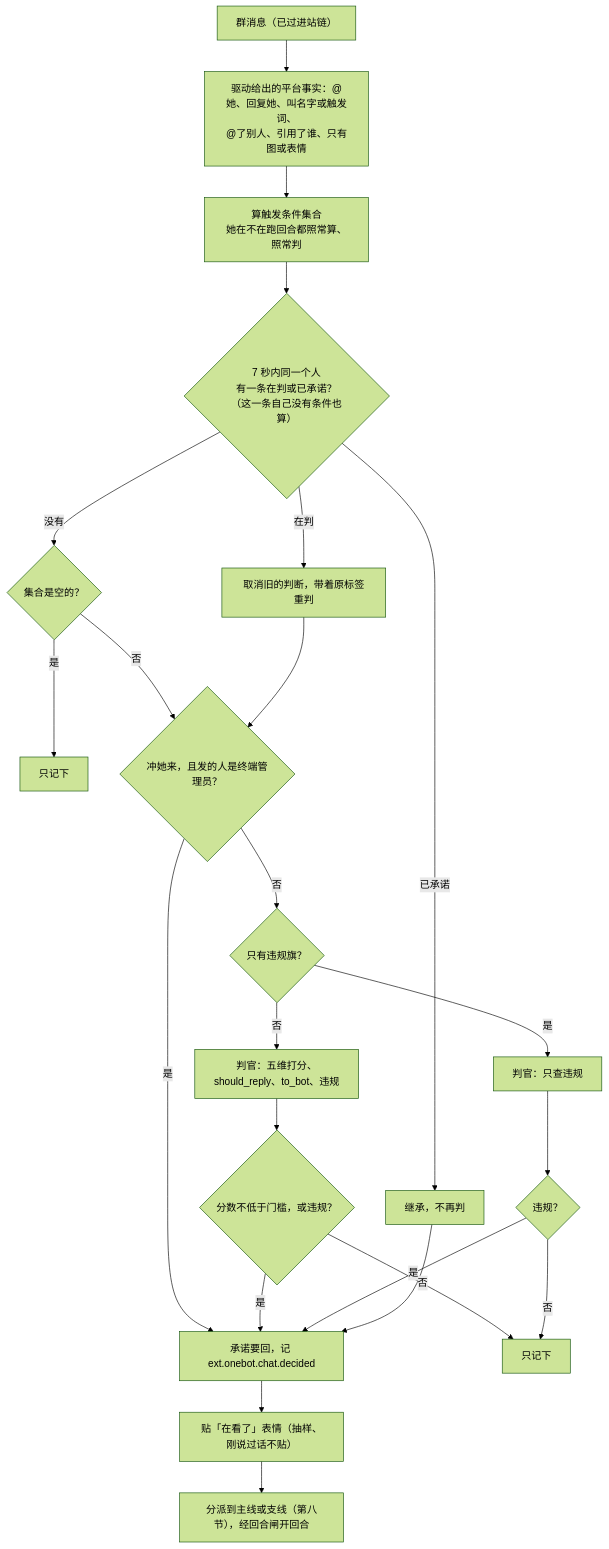
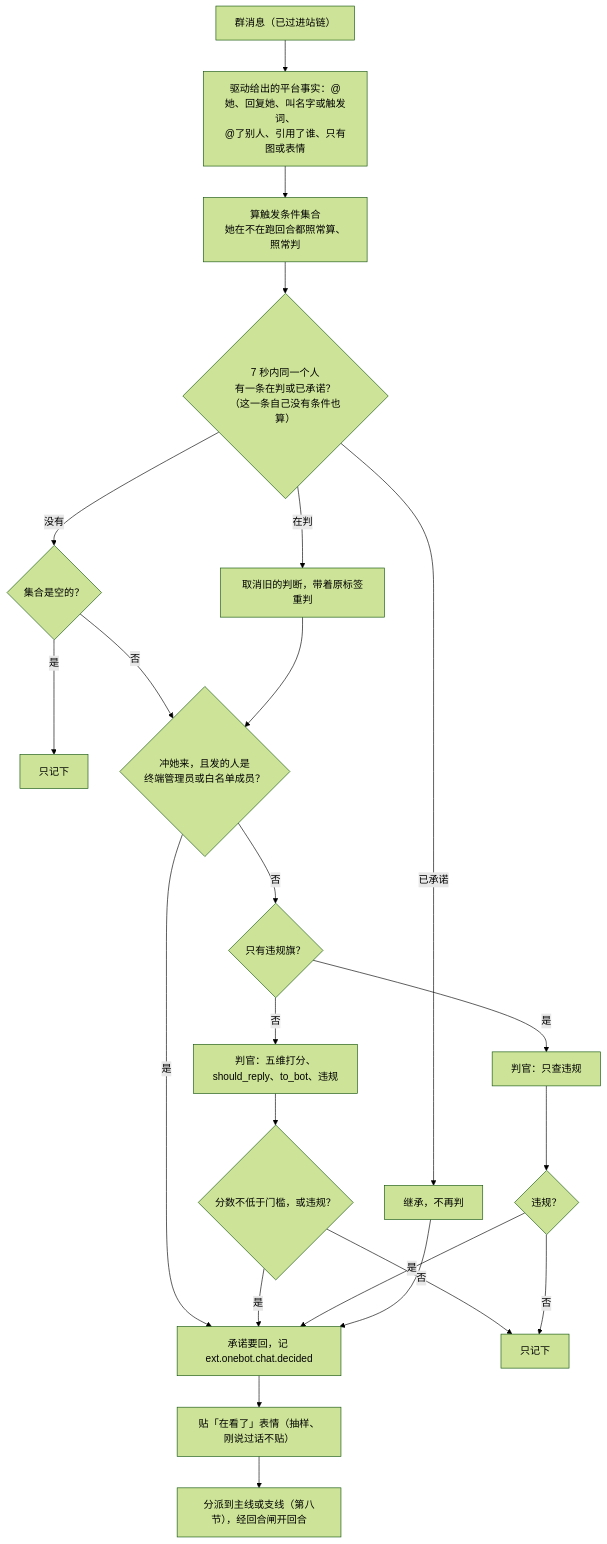
One commit to SHORiN-KiWATA/miyu-agent-remake changed the third of 6 diagrams in docs/designs/18-通讯平台.md. Above: the diagram before and after it, drawn with Mermaid (forest theme). The commit also changed other lines of this file and 42 other files, not shown here.

````diff
--- a/docs/designs/18-通讯平台.md
+++ b/docs/designs/18-通讯平台.md
@@ -303,25 +303,25 @@
 ```mermaid
 flowchart TB
     msg["群消息（已过进站链）"] --> facts["驱动给出的平台事实：@她、回复她、叫名字或触发词、<br/>@了别人、引用了谁、只有图或表情"]
     facts --> set["算触发条件集合<br/>她在不在跑回合都照常算、照常判"]
     set --> sup{"7 秒内同一个人<br/>有一条在判或已承诺？<br/>（这一条自己没有条件也算）"}
     sup -- "已承诺" --> inherit["继承，不再判"]
     sup -- "在判" --> cancel["取消旧的判断，带着原标签重判"]
     sup -- "没有" --> empty{"集合是空的？"}
     empty -- "是" --> rec1["只记下"]
     empty -- "否" --> owner
-    cancel --> owner{"冲她来，且发的人是终端管理员？"}
+    cancel --> owner{"冲她来，且发的人是<br/>终端管理员或白名单成员？"}
     owner -- "是" --> commit
     owner -- "否" --> only{"只有违规旗？"}
     only -- "是" --> modj["判官：只查违规"]
     only -- "否" --> judge["判官：五维打分、should_reply、to_bot、违规"]
     judge --> pass{"分数不低于门槛，或违规？"}
     modj --> viol{"违规？"}
     pass -- "否" --> rec2["只记下"]
     viol -- "否" --> rec2
     pass -- "是" --> commit["承诺要回，记 ext.onebot.chat.decided"]
     viol -- "是" --> commit
     inherit --> commit
     commit --> react["贴「在看了」表情（抽样、刚说过话不贴）"]
     react --> disp["分派到主线或支线（第八节），经回合闸开回合"]
 ```
````
